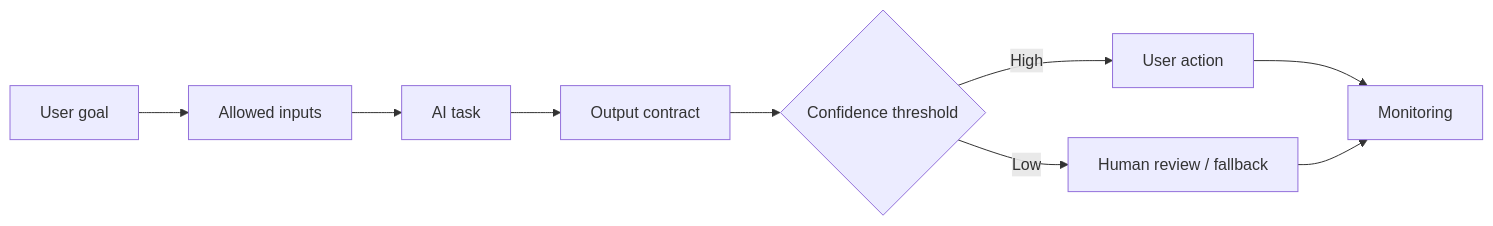
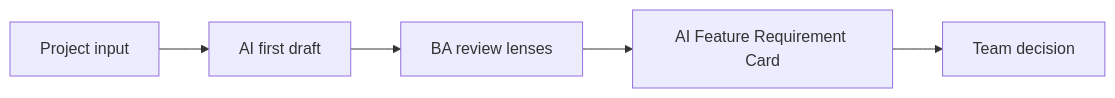
The first of 2 diagrams in docs/en/lessons/specifying-ai-enabled-features/index.md (anhtnt90dev/ai-for-ba), drawn with Mermaid before and after one commit. The commit also changed other lines of this file and 40 other files, not shown here.

````diff
--- a/docs/en/lessons/specifying-ai-enabled-features/index.md
+++ b/docs/en/lessons/specifying-ai-enabled-features/index.md
@@ -68,11 +84,12 @@
 ```mermaid
 flowchart LR
-    A["User goal"] --> B["Allowed inputs"]
-    B --> C["AI task"]
-    C --> D["Output contract"]
-    D --> E{"Confidence threshold"}
-    E -->|High| F["User action"]
-    E -->|Low| G["Human review / fallback"]
-    F --> H["Monitoring"]
-    G --> H
+    A["Project input"]
+    B["AI first draft"]
+    A --> B
+    C["BA review lenses"]
+    B --> C
+    D["AI Feature Requirement Card"]
+    C --> D
+    E["Team decision"]
+    D --> E
 ```
````
